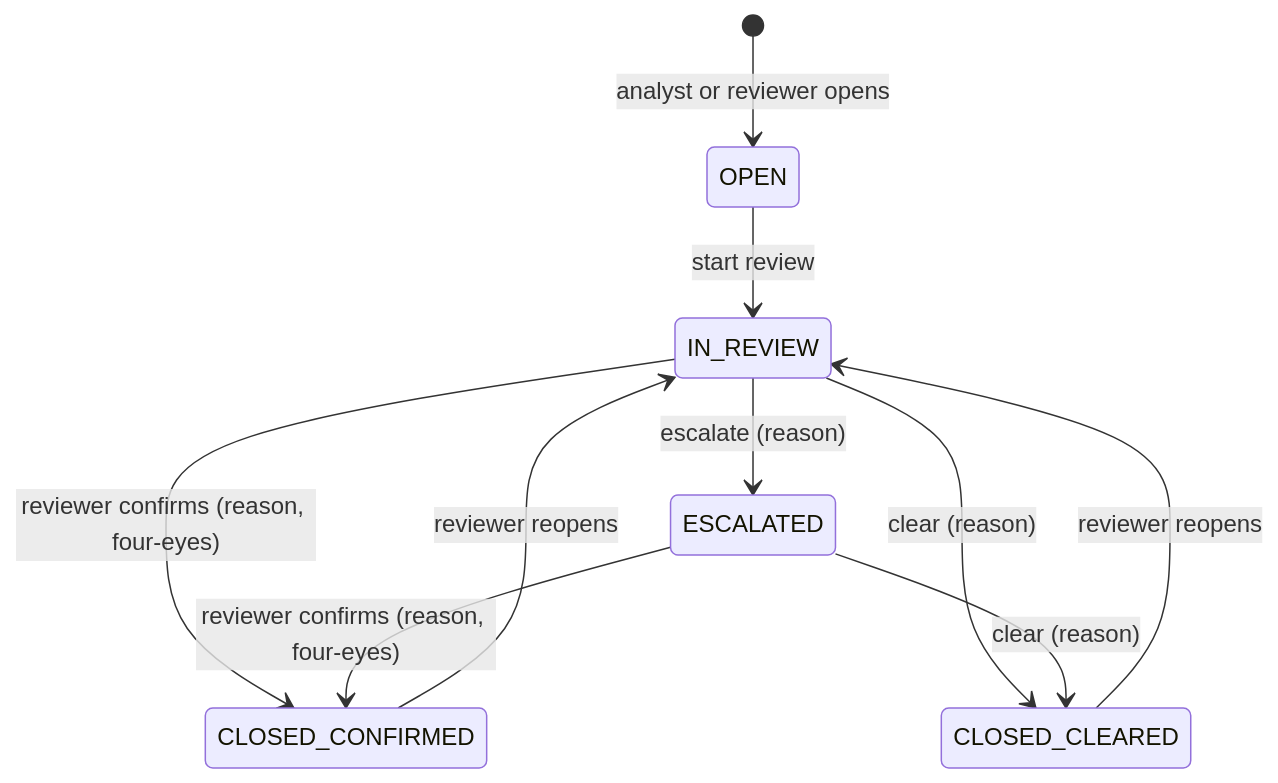
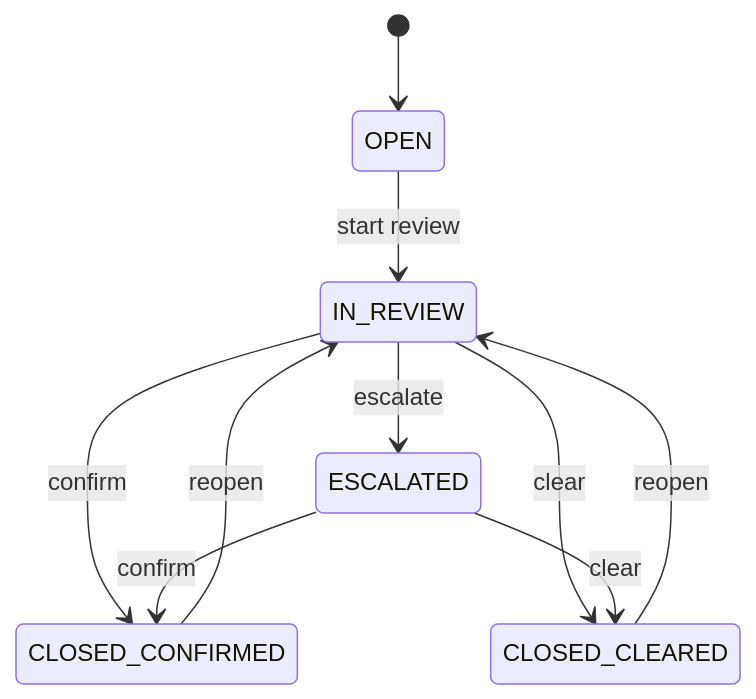
The fifth of 5 diagrams in README.md (dsservant28/Insurance-fraud-network-detection), drawn with Mermaid before and after one commit. The commit also changed other lines of this file, not shown here.

````diff
--- a/README.md
+++ b/README.md
@@ -265,12 +266,12 @@
 ```mermaid
 stateDiagram-v2
-    [*] --> OPEN: analyst or reviewer opens
+    [*] --> OPEN
     OPEN --> IN_REVIEW: start review
-    IN_REVIEW --> ESCALATED: escalate (reason)
-    IN_REVIEW --> CLOSED_CONFIRMED: reviewer confirms (reason, four-eyes)
-    ESCALATED --> CLOSED_CONFIRMED: reviewer confirms (reason, four-eyes)
-    IN_REVIEW --> CLOSED_CLEARED: clear (reason)
-    ESCALATED --> CLOSED_CLEARED: clear (reason)
-    CLOSED_CONFIRMED --> IN_REVIEW: reviewer reopens
-    CLOSED_CLEARED --> IN_REVIEW: reviewer reopens
+    IN_REVIEW --> ESCALATED: escalate
+    IN_REVIEW --> CLOSED_CONFIRMED: confirm
+    ESCALATED --> CLOSED_CONFIRMED: confirm
+    IN_REVIEW --> CLOSED_CLEARED: clear
+    ESCALATED --> CLOSED_CLEARED: clear
+    CLOSED_CONFIRMED --> IN_REVIEW: reopen
+    CLOSED_CLEARED --> IN_REVIEW: reopen
 ```
````
